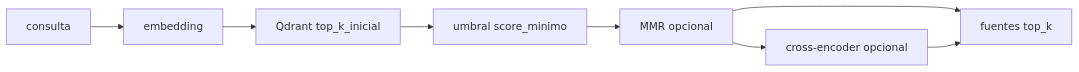
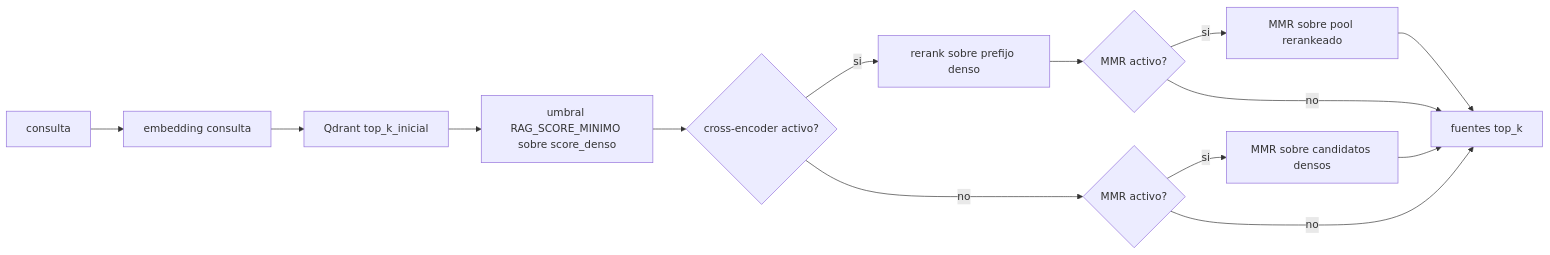
Before and after one commit to frankdaza/uao_ia_cd_tecnicas_avanzadas_ia: the third of 3 diagrams in backlog/docs/doc-003 - Arquitectura-Agente-Modulo-2.md, drawn with Mermaid. The commit also changed other lines of this file and 7 other files, not shown here.

Commit message:
feat(rag): pipeline denso-rerank-MMR y scores score_denso/score_final (TASK-78)

````diff
--- a/backlog/docs/doc-003 - Arquitectura-Agente-Modulo-2.md
+++ b/backlog/docs/doc-003 - Arquitectura-Agente-Modulo-2.md
@@ -201,10 +203,16 @@
 ```mermaid
 flowchart LR
-  q[consulta] --> emb[embedding]
+  q[consulta] --> emb[embedding consulta]
   emb --> qdrant[Qdrant top_k_inicial]
-  qdrant --> filtro[umbral score_minimo]
-  filtro --> mmr[MMR opcional]
-  mmr --> salida[fuentes top_k]
-  mmr --> rerank[cross-encoder opcional]
-  rerank --> salida
+  qdrant --> filtro[umbral RAG_SCORE_MINIMO sobre score_denso]
+  filtro --> rr{cross-encoder activo?}
+  rr -->|si| rerank[rerank sobre prefijo denso]
+  rr -->|no| mmr0{MMR activo?}
+  rerank --> mmr1{MMR activo?}
+  mmr0 -->|si| mmrS[MMR sobre candidatos densos]
+  mmr0 -->|no| salida[fuentes top_k]
+  mmr1 -->|si| mmrR[MMR sobre pool rerankeado]
+  mmr1 -->|no| salida
+  mmrS --> salida
+  mmrR --> salida
 ```
````
